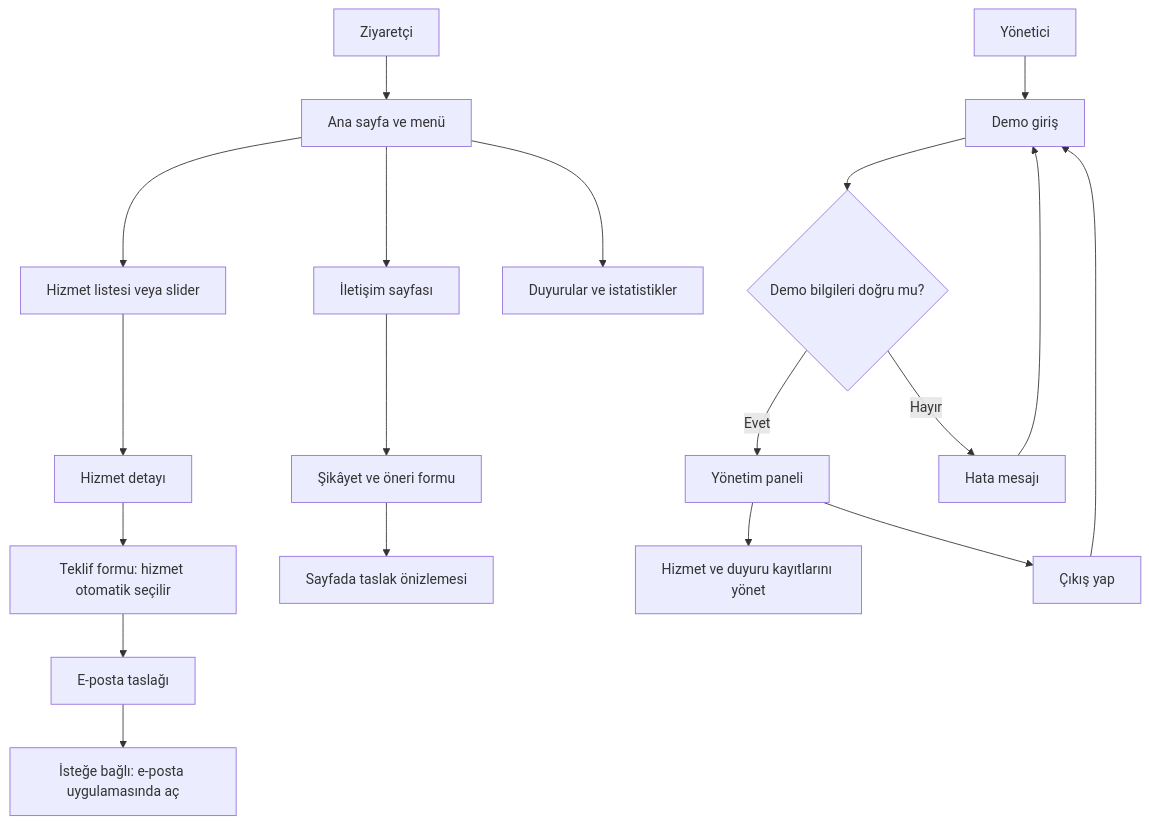
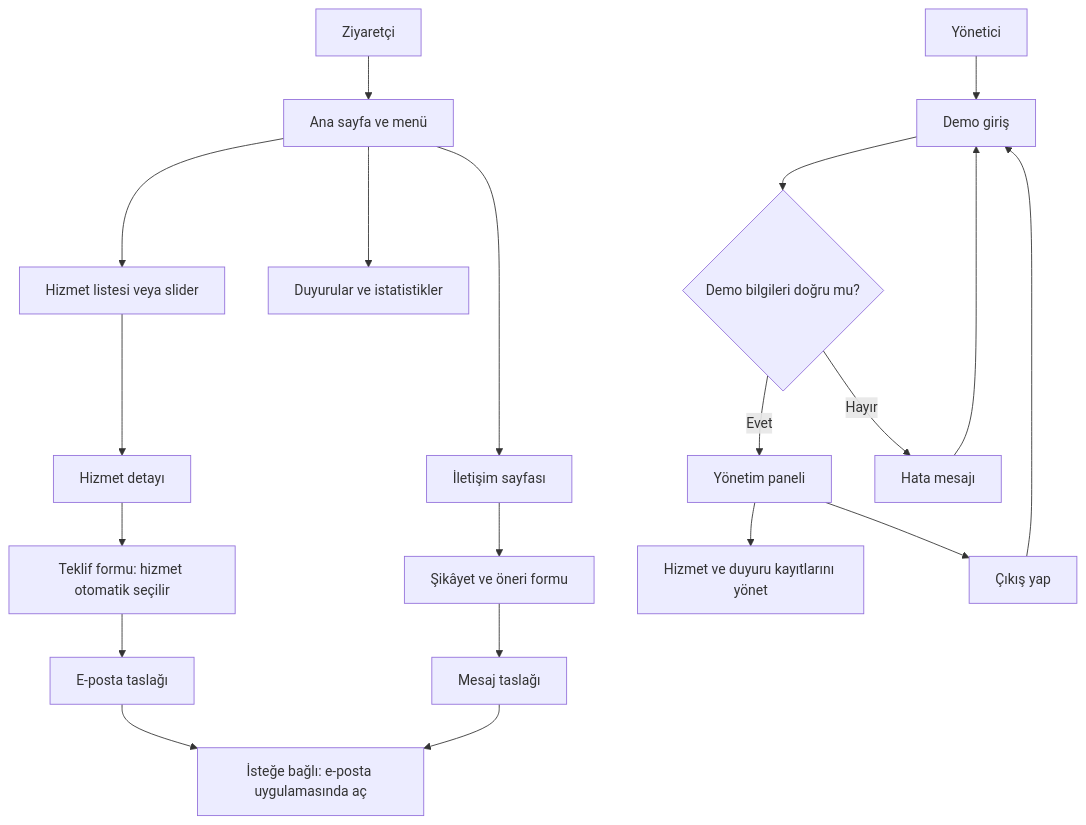
One commit to bersudemir/dijital-ajans-web-projesi changed the first of 2 diagrams in README.md. Above: the diagram before and after it, drawn with Mermaid. The commit also changed other lines of this file and 27 other files, not shown here.

````diff
--- a/README.md
+++ b/README.md
@@ -84,22 +86,23 @@
 ```mermaid
 flowchart TD
     Visitor["Ziyaretçi"] --> Home["Ana sayfa ve menü"]
     Home --> Services["Hizmet listesi veya slider"]
     Services --> Detail["Hizmet detayı"]
     Detail --> Quote["Teklif formu: hizmet otomatik seçilir"]
     Quote --> Draft["E-posta taslağı"]
     Draft --> MailApp["İsteğe bağlı: e-posta uygulamasında aç"]
     Home --> Contact["İletişim sayfası"]
     Contact --> Feedback["Şikâyet ve öneri formu"]
-    Feedback --> Preview["Sayfada taslak önizlemesi"]
+    Feedback --> Preview["Mesaj taslağı"]
+    Preview --> MailApp
     Home --> Content["Duyurular ve istatistikler"]
 
     Admin["Yönetici"] --> Login["Demo giriş"]
     Login --> Valid{"Demo bilgileri doğru mu?"}
     Valid -->|Evet| Dashboard["Yönetim paneli"]
     Valid -->|Hayır| Error["Hata mesajı"]
     Error --> Login
     Dashboard --> Manage["Hizmet ve duyuru kayıtlarını yönet"]
     Dashboard --> Logout["Çıkış yap"]
     Logout --> Login
 ```
````
